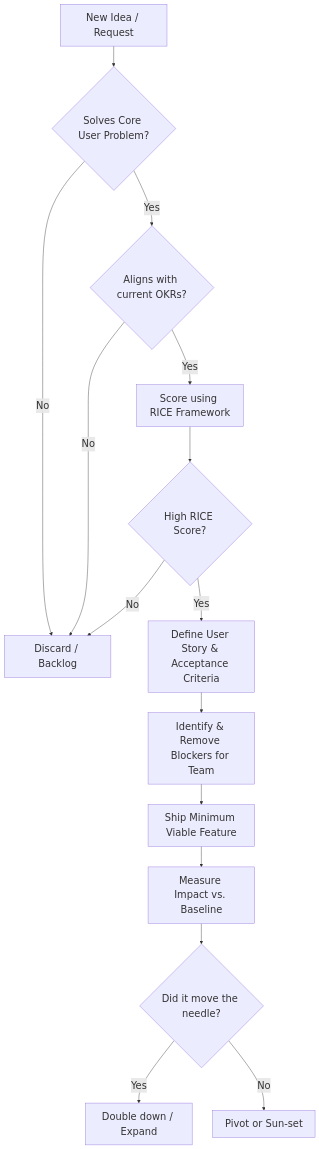
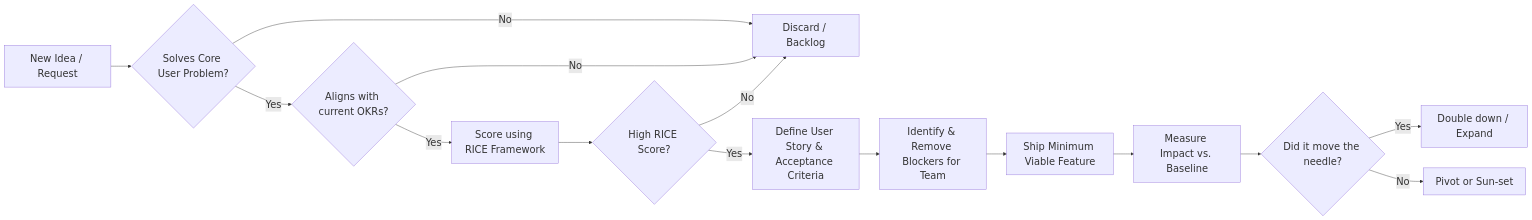
One commit to j4flmao/agent-skills changed the diagram in skills/personas/product-manager/SKILL.md. Above: the diagram before and after it, drawn with Mermaid. The commit also changed 505 other files, not shown here.

Commit message:
style(skills): Rotate Mermaid diagrams to Left-to-Right (LR) for vertical scrolling and better scaling

````diff
--- a/skills/personas/product-manager/SKILL.md
+++ b/skills/personas/product-manager/SKILL.md
@@ -20,18 +20,18 @@
 ```mermaid
 %%{init: {"theme": "default", "themeVariables": {"fontSize": "24px"}}}%%
-flowchart TD
+flowchart LR
     A[New Idea / Request] --> B{Solves Core User Problem?}
     B -- No --> C[Discard / Backlog]
     B -- Yes --> D{Aligns with current OKRs?}
     D -- No --> C
     D -- Yes --> E[Score using RICE Framework]
     E --> F{High RICE Score?}
     F -- No --> C
     F -- Yes --> G[Define User Story & Acceptance Criteria]
     G --> H[Identify & Remove Blockers for Team]
     H --> I[Ship Minimum Viable Feature]
     I --> J[Measure Impact vs. Baseline]
     J --> K{Did it move the needle?}
     K -- Yes --> L[Double down / Expand]
     K -- No --> M[Pivot or Sun-set]
 ```
````
